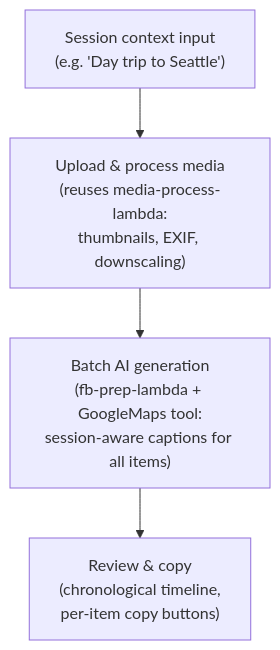
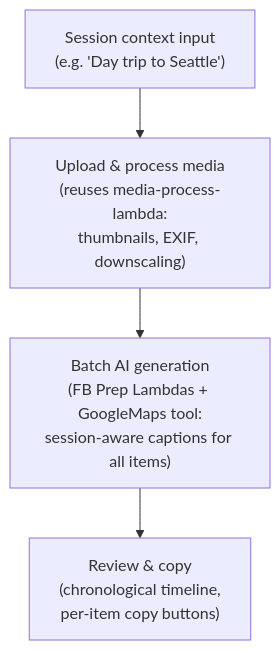
The first of 3 diagrams in docs/facebook-prep.md (francis-pang/ai-social-media-helper), drawn with Mermaid before and after one commit. The commit also changed other lines of this file and 1 other file, not shown here.

First line of the commit message:
docs: update facebook-prep and architecture for FB Prep pipeline

````diff
--- a/docs/facebook-prep.md
+++ b/docs/facebook-prep.md
@@ -18,9 +18,9 @@
 ```mermaid
 flowchart TD
     Context["Session context input\n(e.g. 'Day trip to Seattle')"]
     Upload["Upload & process media\n(reuses media-process-lambda:\nthumbnails, EXIF, downscaling)"]
-    Generate["Batch AI generation\n(fb-prep-lambda + GoogleMaps tool:\nsession-aware captions for all items)"]
+    Generate["Batch AI generation\n(FB Prep Lambdas + GoogleMaps tool:\nsession-aware captions for all items)"]
     Review["Review & copy\n(chronological timeline,\nper-item copy buttons)"]
 
     Context --> Upload --> Generate --> Review
 ```
````
